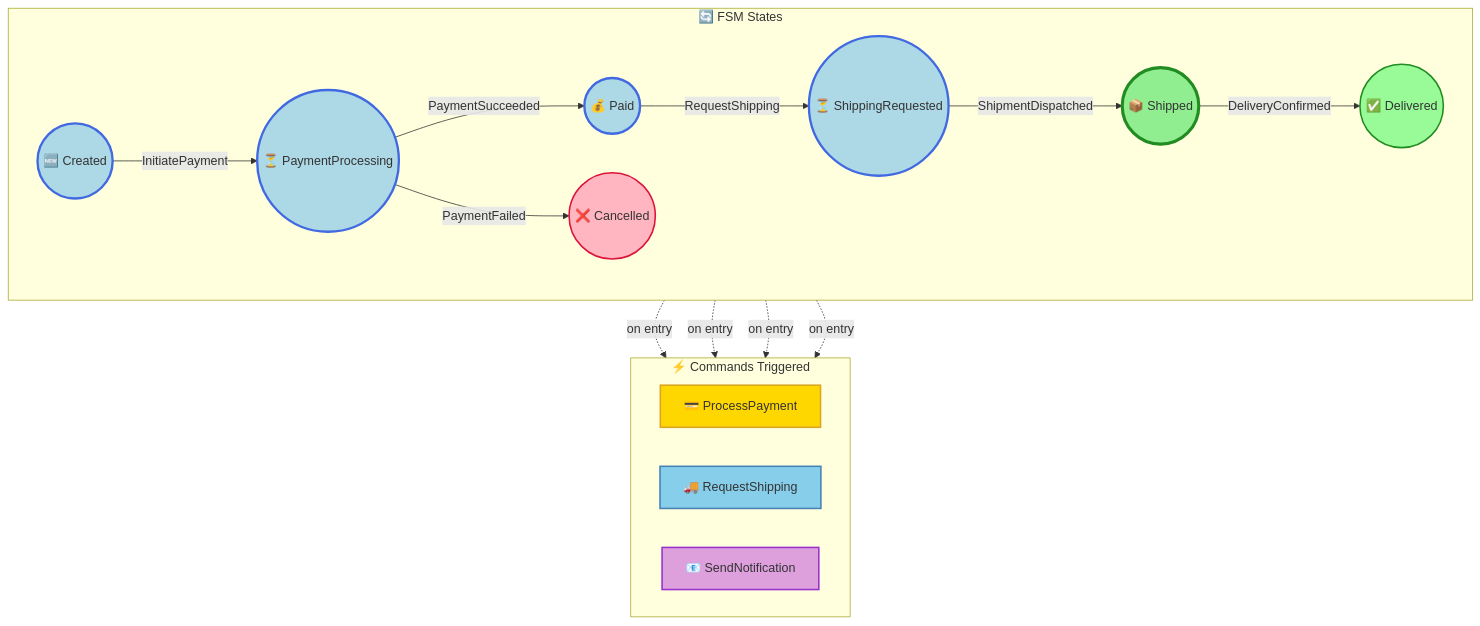
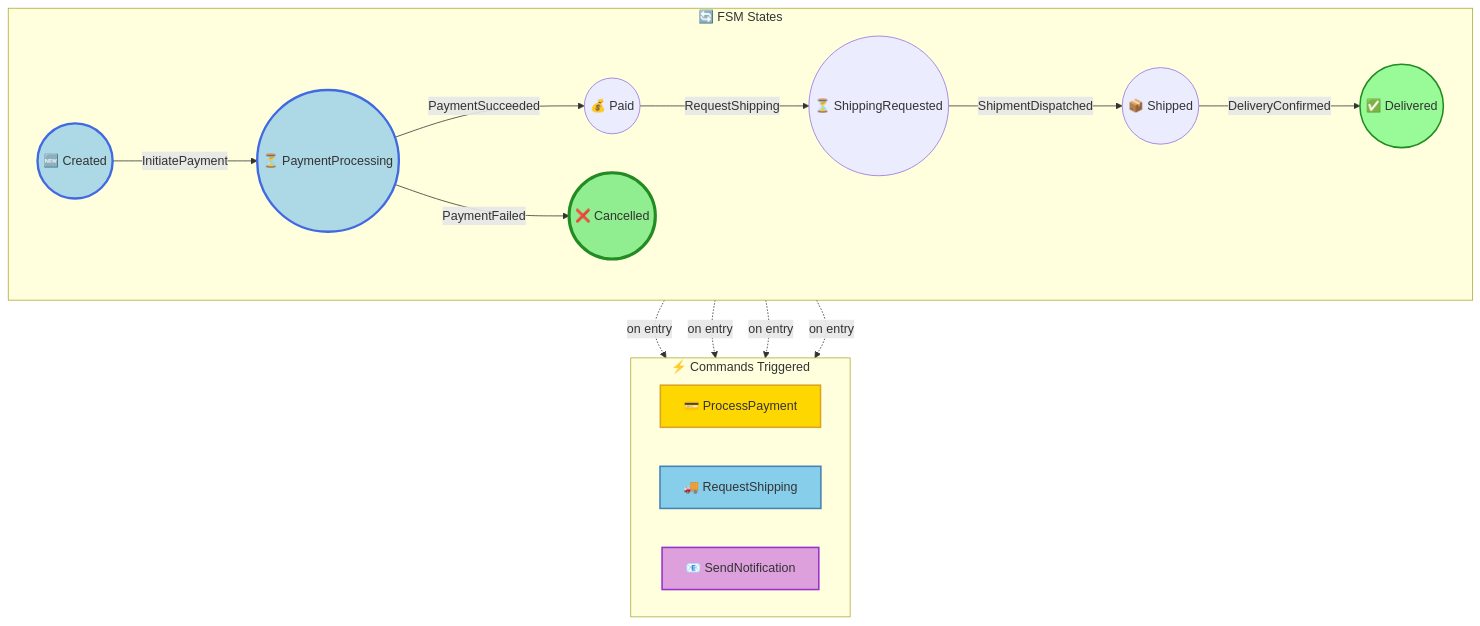
The third of 3 diagrams in docs/visualizations/order-1-trace.md (Iterable/mechanoid), drawn with Mermaid before and after one commit. The commit also changed other lines of this file and 19 other files, not shown here.

````diff
--- a/docs/visualizations/order-1-trace.md
+++ b/docs/visualizations/order-1-trace.md
@@ -77,44 +45,42 @@
 ```mermaid
 flowchart TB
     subgraph FSM["🔄 FSM States"]
         direction LR
         Created(("🆕 Created"))
         PaymentProcessing(("⏳ PaymentProcessing"))
         Paid(("💰 Paid"))
         ShippingRequested(("⏳ ShippingRequested"))
         Shipped(("📦 Shipped"))
         Delivered(("✅ Delivered"))
         Cancelled(("❌ Cancelled"))
         Created -->|InitiatePayment| PaymentProcessing
         PaymentProcessing -->|PaymentSucceeded| Paid
         PaymentProcessing -->|PaymentFailed| Cancelled
         Paid -->|RequestShipping| ShippingRequested
         ShippingRequested -->|ShipmentDispatched| Shipped
         Shipped -->|DeliveryConfirmed| Delivered
     end
 
     subgraph Commands["⚡ Commands Triggered"]
         direction LR
         ProcessPayment["💳 ProcessPayment"]
         RequestShipping["🚚 RequestShipping"]
         SendNotification["📧 SendNotification"]
     end
 
     PaymentProcessing -.->|on entry| ProcessPayment
     Paid -.->|on entry| RequestShipping
     Paid -.->|on entry| SendNotification
     Shipped -.->|on entry| SendNotification
 
     style Delivered fill:#98FB98,stroke:#228B22,stroke-width:2px
     style Cancelled fill:#FFB6C1,stroke:#DC143C,stroke-width:2px
     style ProcessPayment fill:#FFD700,stroke:#DAA520,stroke-width:2px
     style RequestShipping fill:#87CEEB,stroke:#4682B4,stroke-width:2px
     style SendNotification fill:#DDA0DD,stroke:#9932CC,stroke-width:2px
 
     style Created fill:#ADD8E6,stroke:#4169E1,stroke-width:3px
-    style ShippingRequested fill:#ADD8E6,stroke:#4169E1,stroke-width:3px
     style PaymentProcessing fill:#ADD8E6,stroke:#4169E1,stroke-width:3px
-    style Shipped fill:#ADD8E6,stroke:#4169E1,stroke-width:3px
-    style Paid fill:#ADD8E6,stroke:#4169E1,stroke-width:3px
-    style Shipped fill:#90EE90,stroke:#228B22,stroke-width:4px
+    style Cancelled fill:#ADD8E6,stroke:#4169E1,stroke-width:3px
+    style Cancelled fill:#90EE90,stroke:#228B22,stroke-width:4px
 ```
````
